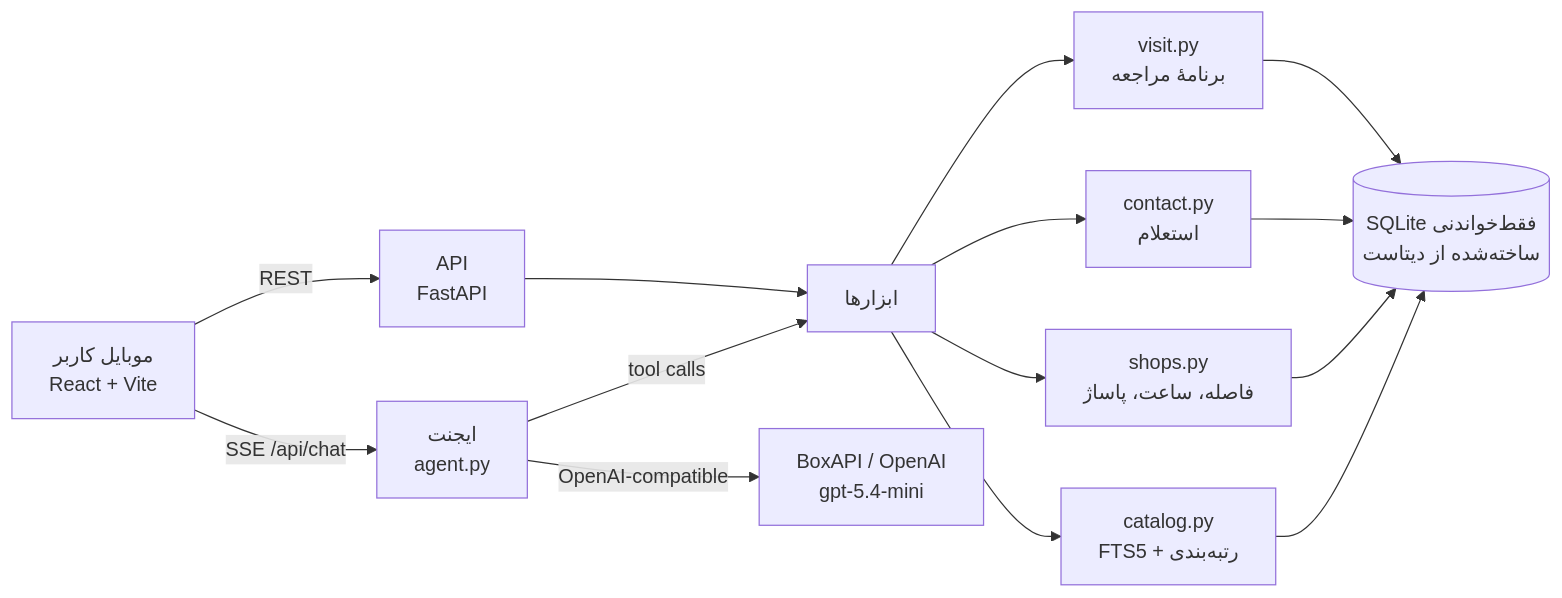
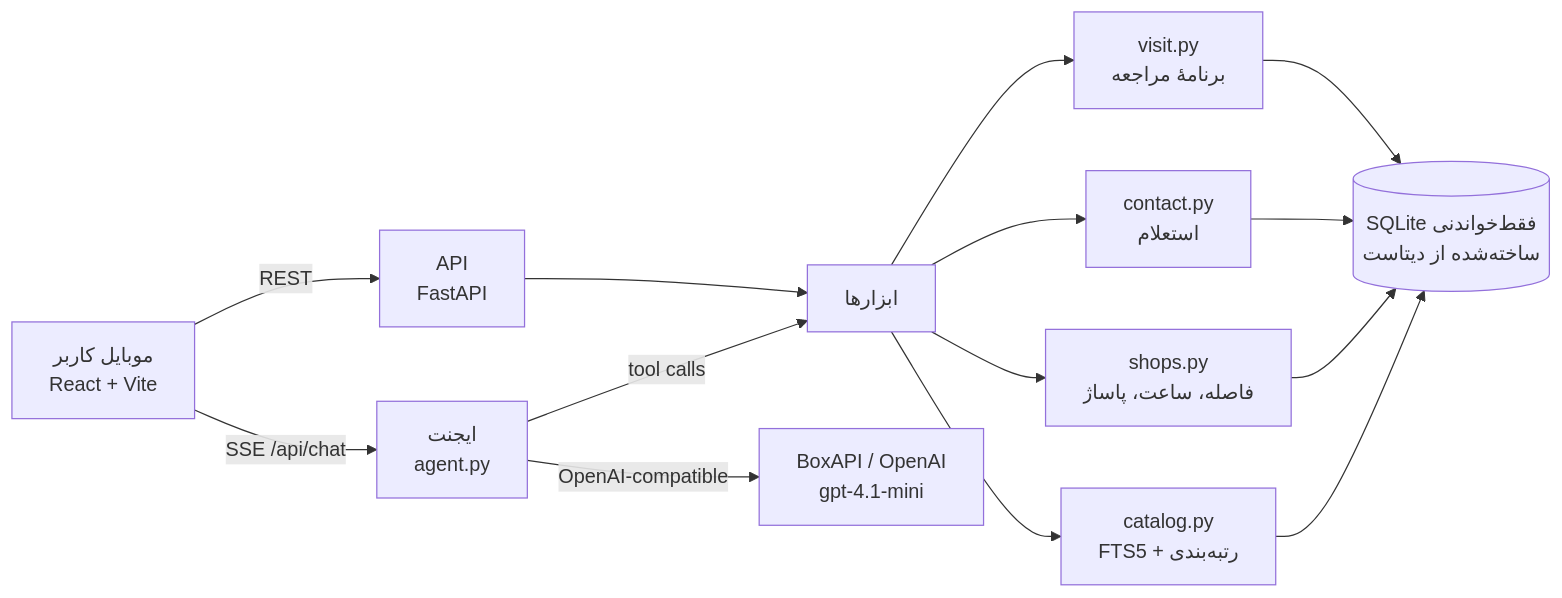
Before and after one commit to ssepehrnoush/torob-bazargard: the diagram in README.md, drawn with Mermaid. The commit also changed other lines of this file and 4 other files, not shown here.

````diff
--- a/README.md
+++ b/README.md
@@ -39,13 +39,13 @@
 ```mermaid
 flowchart LR
   U[موبایل کاربر\nReact + Vite] -- SSE /api/chat --> A[ایجنت\nagent.py]
   U -- REST --> R[API\nFastAPI]
   A -- tool calls --> T[ابزارها]
   R --> T
   T --> C[catalog.py\nFTS5 + رتبه‌بندی]
   T --> S[shops.py\nفاصله، ساعت، پاساژ]
   T --> K[contact.py\nاستعلام]
   T --> V[visit.py\nبرنامهٔ مراجعه]
   C & S & K & V --> D[(SQLite فقط‌خواندنی\nساخته‌شده از دیتاست)]
-  A -- OpenAI-compatible --> L[BoxAPI / OpenAI\ngpt-5.4-mini]
+  A -- OpenAI-compatible --> L[BoxAPI / OpenAI\ngpt-4.1-mini]
 ```
````
